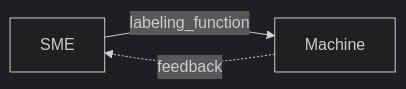
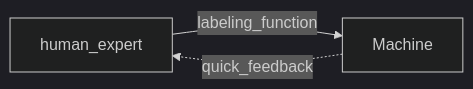
One commit to borisdev/research changed the second of 2 diagrams in tune_foundational_models/README.md. Above: the diagram before and after it, drawn with Mermaid (dark theme). The commit also changed other lines of this file, not shown here.

Commit message:
fine tune diagram

````diff
--- a/tune_foundational_models/README.md
+++ b/tune_foundational_models/README.md
@@ -42,5 +43,5 @@
 ```mermaid
 flowchart LR
-    SME-- labeling_function -->Machine
-    Machine-. feedback .-> SME
+    human_expert-- labeling_function -->Machine
+    Machine-. quick_feedback .-> human_expert
 ```
````
